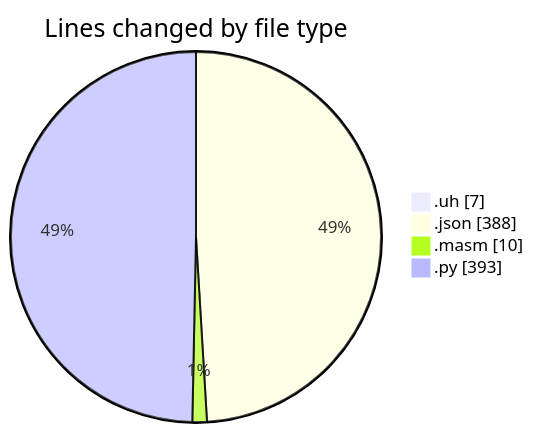
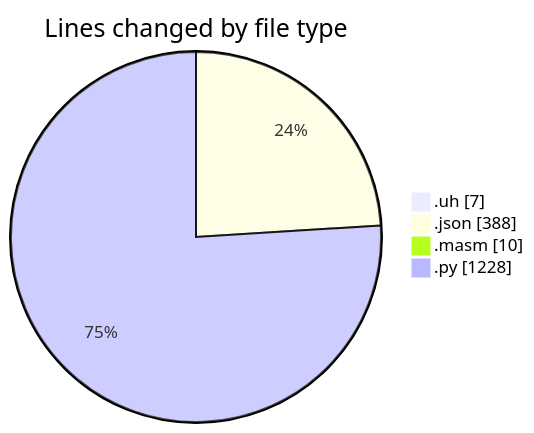
One commit to charlie-sans/code-tracking changed the first of 2 diagrams in 2025-04-30/uhigh-lang/README.md. Above: the diagram before and after it, drawn with Mermaid. The commit also changed other lines of this file and 1 other file, not shown here.

````diff
--- a/2025-04-30/uhigh-lang/README.md
+++ b/2025-04-30/uhigh-lang/README.md
@@ -23,8 +25,8 @@
 ```mermaid
 pie showData
 title Lines changed by file type
 ".uh" : 7
 ".json" : 388
 ".masm" : 10
-".py" : 393
+".py" : 1228
 ```
````
